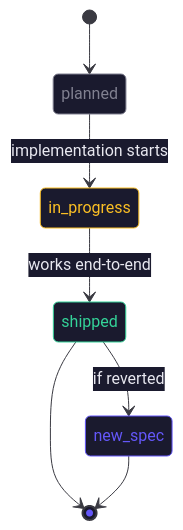
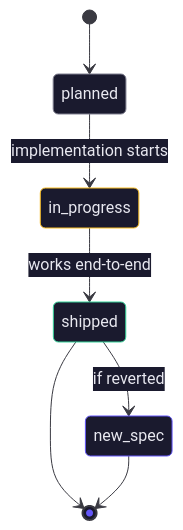
One commit to areddin409/ghost_ai changed the diagram in context/progress-tracker.md. Above: the diagram before and after it, drawn with Mermaid. The commit also changed 2 other files, not shown here.

Commit message:
fix(vault): improve Mermaid diagram contrast — white text on all dark nodes

````diff
--- a/context/progress-tracker.md
+++ b/context/progress-tracker.md
@@ -24,28 +24,31 @@
 ```mermaid
 %%{init: {'theme': 'base', 'themeVariables': {
   'background': '#0d0d12',
   'primaryColor': '#1a1a2e',
   'primaryBorderColor': '#6457f9',
   'primaryTextColor': '#e8e8f0',
   'lineColor': '#3a3a42',
   'secondaryColor': '#1a1a2e',
-  'tertiaryColor': '#0d0d12'
+  'tertiaryColor': '#0d0d12',
+  'stateBkg': '#1a1a2e',
+  'stateBorder': '#6457f9',
+  'stateTextColor': '#e8e8f0'
 }}}%%
 stateDiagram-v2
     [*] --> planned
     planned --> in_progress : implementation starts
     in_progress --> shipped : works end-to-end
     shipped --> [*]
     shipped --> new_spec : if reverted
     new_spec --> [*]
 
-    classDef muted fill:#1a1a2e,stroke:#808090,color:#808090
-    classDef active fill:#1a1a2e,stroke:#fbbf24,color:#fbbf24
-    classDef done fill:#1a1a2e,stroke:#34d399,color:#34d399
-    classDef new fill:#1a1a2e,stroke:#6457f9,color:#6457f9
+    classDef muted fill:#1a1a2e,stroke:#808090,color:#e8e8f0
+    classDef active fill:#1a1a2e,stroke:#fbbf24,color:#e8e8f0
+    classDef done fill:#1a1a2e,stroke:#34d399,color:#e8e8f0
+    classDef new fill:#1a1a2e,stroke:#6457f9,color:#e8e8f0
 
     class planned muted
     class in_progress active
     class shipped done
     class new_spec new
 ```
````
